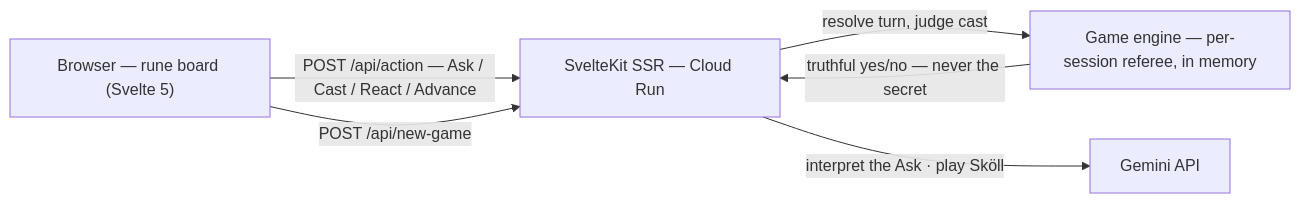
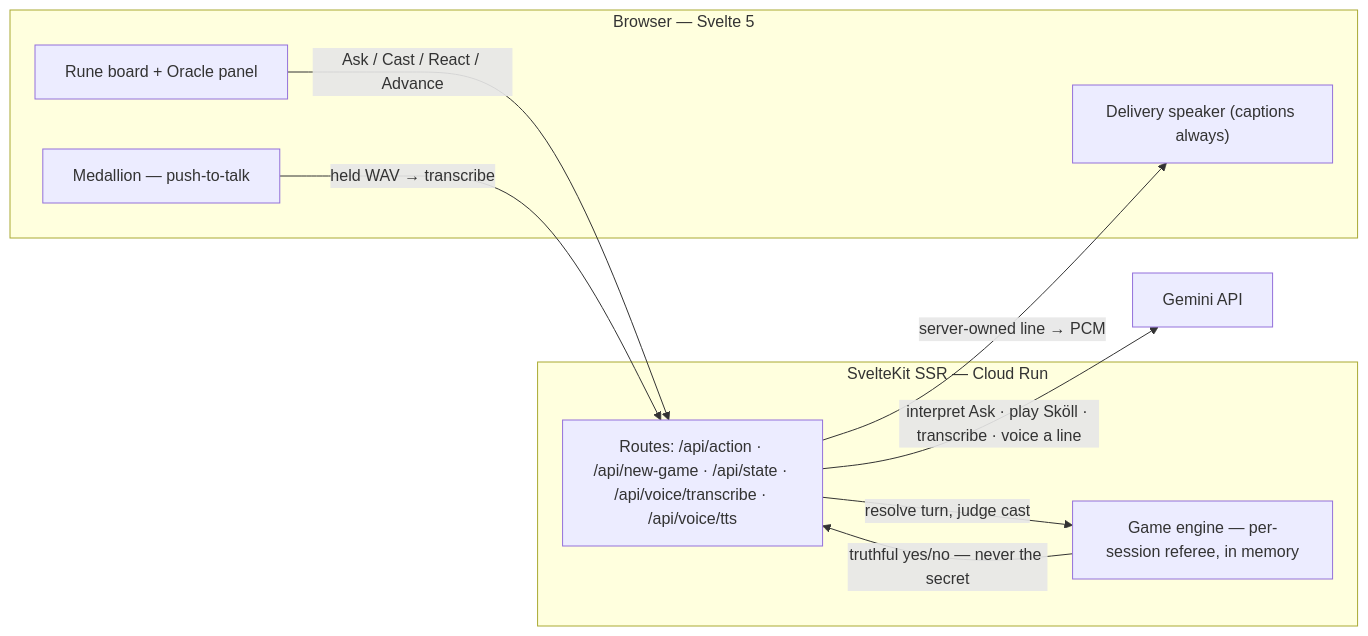
The diagram in README.md (anchildress1/save-the-sun), drawn with Mermaid before and after one commit. The commit also changed other lines of this file and 17 other files, not shown here.

````diff
--- a/README.md
+++ b/README.md
@@ -83,16 +92,25 @@
 ```mermaid
 flowchart LR
     accTitle: Save the Sun architecture
-    accDescr: The browser plays against a SvelteKit server on Cloud Run. A deterministic in-memory engine referees the round, and the Gemini API powers the Oracle's interpretation and Sköll's play.
+    accDescr: The browser plays against a SvelteKit server on Cloud Run. A deterministic in-memory engine referees the round; the Gemini API interprets Asks, plays Sköll, transcribes push-to-talk audio, and voices both characters. The browser never holds the key.
 
-    B["Browser — rune board (Svelte 5)"]
-    K["SvelteKit SSR — Cloud Run"]
-    E["Game engine — per-session referee, in memory"]
+    subgraph Browser["Browser — Svelte 5"]
+        Board["Rune board + Oracle panel"]
+        Mic["Medallion — push-to-talk"]
+        Spk["Delivery speaker (captions always)"]
+    end
+
+    subgraph Server["SvelteKit SSR — Cloud Run"]
+        Routes["Routes: /api/action · /api/new-game · /api/state · /api/voice/transcribe · /api/voice/tts"]
+        E["Game engine — per-session referee, in memory"]
+    end
+
     G["Gemini API"]
 
-    B -->|"POST /api/action — Ask / Cast / React / Advance"| K
-    B -->|"POST /api/new-game"| K
-    K -->|"resolve turn, judge cast"| E
-    K -->|"interpret the Ask · play Sköll"| G
-    E -->|"truthful yes/no — never the secret"| K
+    Board -->|"Ask / Cast / React / Advance"| Routes
+    Mic -->|"held WAV → transcribe"| Routes
+    Routes -->|"resolve turn, judge cast"| E
+    E -->|"truthful yes/no — never the secret"| Routes
+    Routes -->|"interpret Ask · play Sköll · transcribe · voice a line"| G
+    Routes -->|"server-owned line → PCM"| Spk
 ```
````
